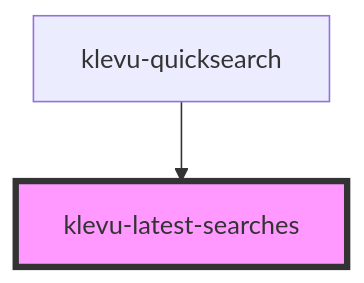
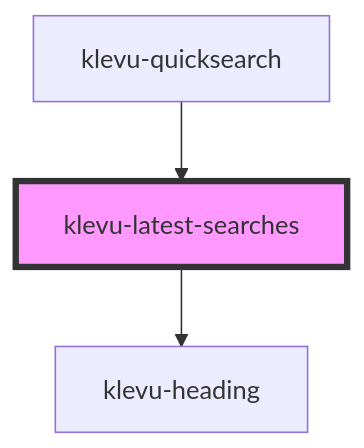
The diagram in packages/klevu-ui/src/components/klevu-latest-searches/readme.md (klevultd/frontend-sdk), drawn with Mermaid before and after one commit. The commit also changed other lines of this file and 74 other files, not shown here.

````diff
--- a/packages/klevu-ui/src/components/klevu-latest-searches/readme.md
+++ b/packages/klevu-ui/src/components/klevu-latest-searches/readme.md
@@ -22,5 +33,6 @@
 ```mermaid
 graph TD;
+  klevu-latest-searches --> klevu-heading
   klevu-quicksearch --> klevu-latest-searches
   style klevu-latest-searches fill:#f9f,stroke:#333,stroke-width:4px
 ```
````
